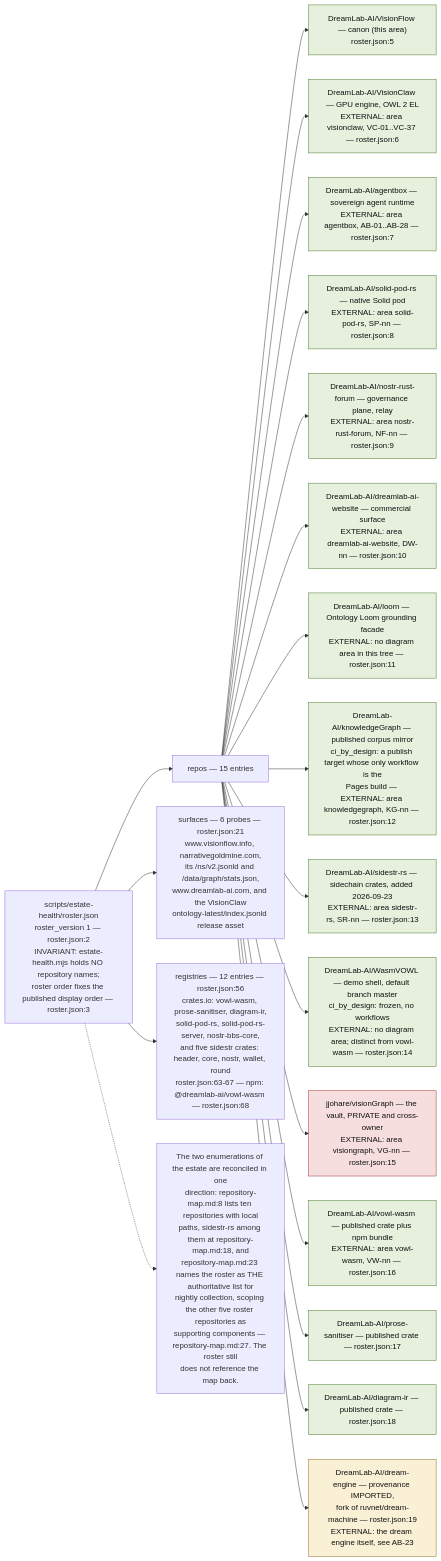
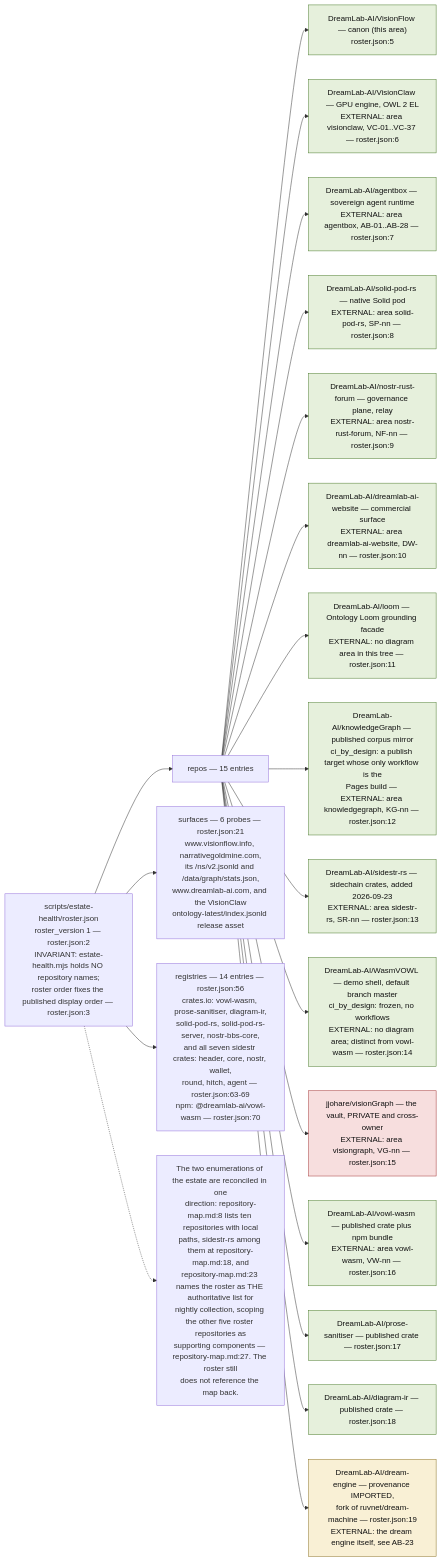
The first of 9 diagrams in docs/diagrams/visionflow/03-estate-health.md (DreamLab-AI/VisionFlow), drawn with Mermaid before and after one commit. The commit also changed other lines of this file and 21 other files, not shown here.

Commit message:
docs(diagrams): refresh first verified estate batch

````diff
--- a/docs/diagrams/visionflow/03-estate-health.md
+++ b/docs/diagrams/visionflow/03-estate-health.md
@@ -30,31 +30,31 @@
 ```mermaid
 flowchart LR
     classDef fp fill:#e6f0dc,stroke:#4a7a2a,color:#111
     classDef imp fill:#f9f0d5,stroke:#8a7020,color:#111
     classDef priv fill:#f7dede,stroke:#a33333,color:#111
 
     R["scripts/estate-health/roster.json<br/>roster_version 1 — roster.json:2<br/>INVARIANT: estate-health.mjs holds NO repository names;<br/>roster order fixes the published display order — roster.json:3"]
 
     R --> REPOS["repos — 15 entries"]
     REPOS --> P1["DreamLab-AI/VisionFlow — canon (this area)<br/>roster.json:5"]:::fp
     REPOS --> P2["DreamLab-AI/VisionClaw — GPU engine, OWL 2 EL<br/>EXTERNAL: area visionclaw, VC-01..VC-37 — roster.json:6"]:::fp
     REPOS --> P3["DreamLab-AI/agentbox — sovereign agent runtime<br/>EXTERNAL: area agentbox, AB-01..AB-28 — roster.json:7"]:::fp
     REPOS --> P4["DreamLab-AI/solid-pod-rs — native Solid pod<br/>EXTERNAL: area solid-pod-rs, SP-nn — roster.json:8"]:::fp
     REPOS --> P5["DreamLab-AI/nostr-rust-forum — governance plane, relay<br/>EXTERNAL: area nostr-rust-forum, NF-nn — roster.json:9"]:::fp
     REPOS --> P6["DreamLab-AI/dreamlab-ai-website — commercial surface<br/>EXTERNAL: area dreamlab-ai-website, DW-nn — roster.json:10"]:::fp
     REPOS --> P7["DreamLab-AI/loom — Ontology Loom grounding facade<br/>EXTERNAL: no diagram area in this tree — roster.json:11"]:::fp
     REPOS --> P8["DreamLab-AI/knowledgeGraph — published corpus mirror<br/>ci_by_design: a publish target whose only workflow is the<br/>Pages build — EXTERNAL: area knowledgegraph, KG-nn — roster.json:12"]:::fp
     REPOS --> P15["DreamLab-AI/sidestr-rs — sidechain crates, added 2026-09-23<br/>EXTERNAL: area sidestr-rs, SR-nn — roster.json:13"]:::fp
     REPOS --> P9["DreamLab-AI/WasmVOWL — demo shell, default branch master<br/>ci_by_design: frozen, no workflows<br/>EXTERNAL: no diagram area; distinct from vowl-wasm — roster.json:14"]:::fp
     REPOS --> P10["jjohare/visionGraph — the vault, PRIVATE and cross-owner<br/>EXTERNAL: area visiongraph, VG-nn — roster.json:15"]:::priv
     REPOS --> P11["DreamLab-AI/vowl-wasm — published crate plus npm bundle<br/>EXTERNAL: area vowl-wasm, VW-nn — roster.json:16"]:::fp
     REPOS --> P12["DreamLab-AI/prose-sanitiser — published crate — roster.json:17"]:::fp
     REPOS --> P13["DreamLab-AI/diagram-ir — published crate — roster.json:18"]:::fp
     REPOS --> P14["DreamLab-AI/dream-engine — provenance IMPORTED,<br/>fork of ruvnet/dream-machine — roster.json:19<br/>EXTERNAL: the dream engine itself, see AB-23"]:::imp
 
     R --> SURF["surfaces — 6 probes — roster.json:21<br/>www.visionflow.info, narrativegoldmine.com,<br/>its /ns/v2.jsonld and /data/graph/stats.json,<br/>www.dreamlab-ai.com, and the VisionClaw<br/>ontology-latest/index.jsonld release asset"]
-    R --> REG["registries — 12 entries — roster.json:56<br/>crates.io: vowl-wasm, prose-sanitiser, diagram-ir,<br/>solid-pod-rs, solid-pod-rs-server, nostr-bbs-core,<br/>and five sidestr crates: header, core, nostr, wallet, round<br/>roster.json:63-67 — npm: @dreamlab-ai/vowl-wasm — roster.json:68"]
+    R --> REG["registries — 14 entries — roster.json:56<br/>crates.io: vowl-wasm, prose-sanitiser, diagram-ir,<br/>solid-pod-rs, solid-pod-rs-server, nostr-bbs-core,<br/>and all seven sidestr crates: header, core, nostr, wallet,<br/>round, hitch, agent — roster.json:63-69<br/>npm: @dreamlab-ai/vowl-wasm — roster.json:70"]
 
     NOTE["The two enumerations of the estate are reconciled in one<br/>direction: repository-map.md:8 lists ten repositories with local<br/>paths, sidestr-rs among them at repository-map.md:18, and<br/>repository-map.md:23 names the roster as THE authoritative list for<br/>nightly collection, scoping the other five roster repositories as<br/>supporting components — repository-map.md:27. The roster still<br/>does not reference the map back."]
     R -.-> NOTE
 ```
````
